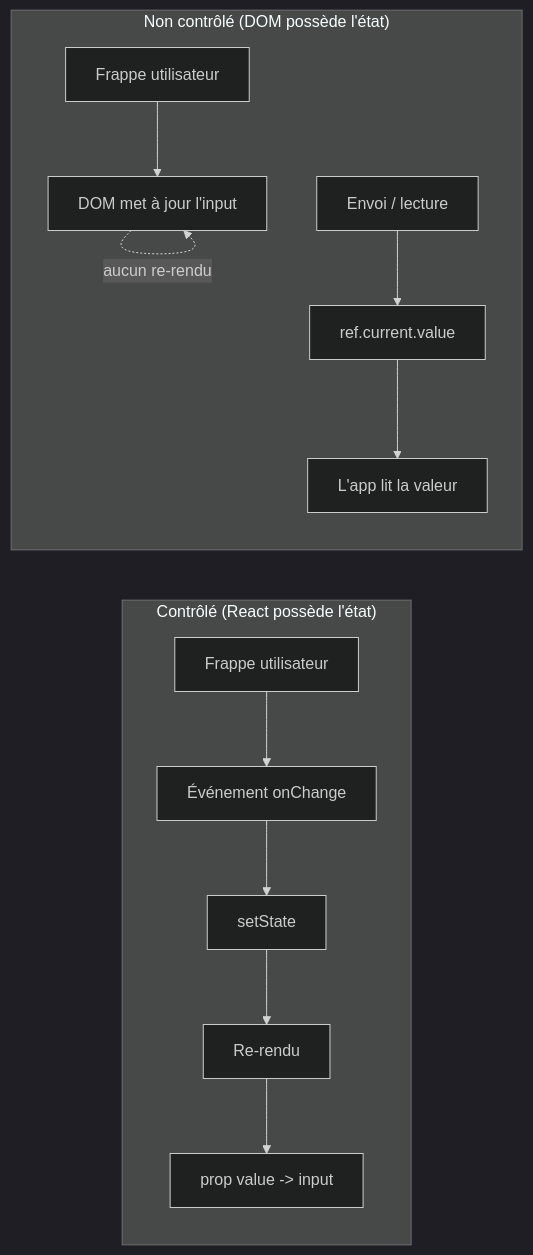
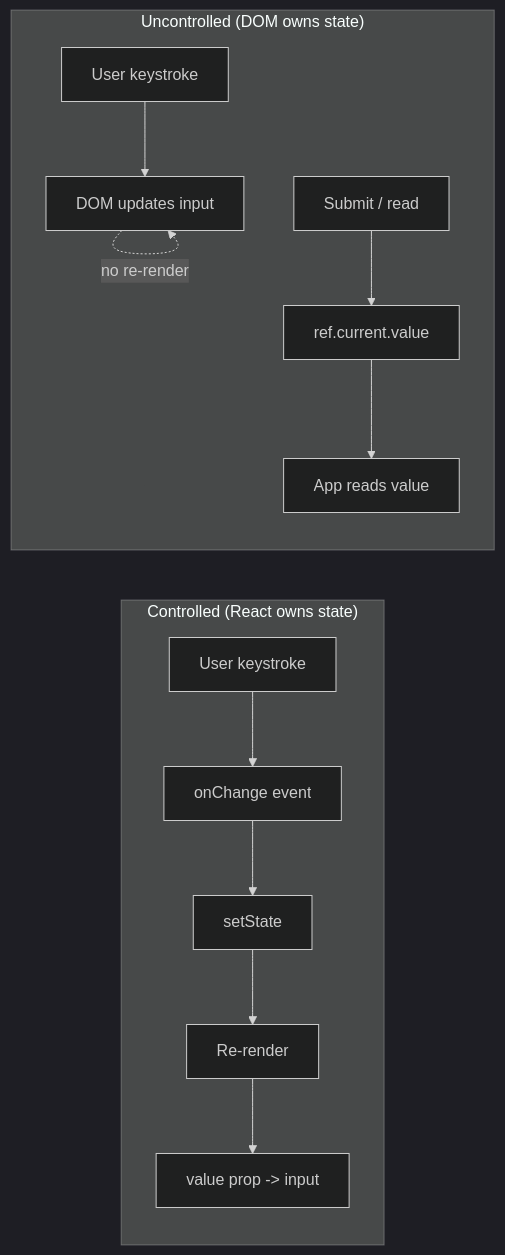
One commit to BabaScience/react-guides changed the second of 5 diagrams in arguments/chapters/fr/08-forms-and-validations.md. Above: the diagram before and after it, drawn with Mermaid (dark theme). The commit also changed other lines of this file and 29 other files, not shown here.

First line of the commit message:
Bring React FR/IT translations to full English parity + theme-safe diagrams

````diff
--- a/arguments/chapters/fr/08-forms-and-validations.md
+++ b/arguments/chapters/fr/08-forms-and-validations.md
@@ -61,18 +283,18 @@
 ```mermaid
 flowchart LR
-    subgraph Controlled["Contrôlé (React possède l'état)"]
+    subgraph Controlled["Controlled (React owns state)"]
         direction TB
-        U1["Frappe utilisateur"] --> E1["Événement onChange"]
+        U1["User keystroke"] --> E1["onChange event"]
         E1 --> S1["setState"]
-        S1 --> R1["Re-rendu"]
-        R1 --> V1["prop value -> input"]
+        S1 --> R1["Re-render"]
+        R1 --> V1["value prop -> input"]
     end
 
-    subgraph Uncontrolled["Non contrôlé (DOM possède l'état)"]
+    subgraph Uncontrolled["Uncontrolled (DOM owns state)"]
         direction TB
-        U2["Frappe utilisateur"] --> D2["DOM met à jour l'input"]
-        D2 -.->|"aucun re-rendu"| D2
-        SB["Envoi / lecture"] --> RF["ref.current.value"]
-        RF --> APP["L'app lit la valeur"]
+        U2["User keystroke"] --> D2["DOM updates input"]
+        D2 -.->|"no re-render"| D2
+        SB["Submit / read"] --> RF["ref.current.value"]
+        RF --> APP["App reads value"]
     end
 ```
````
